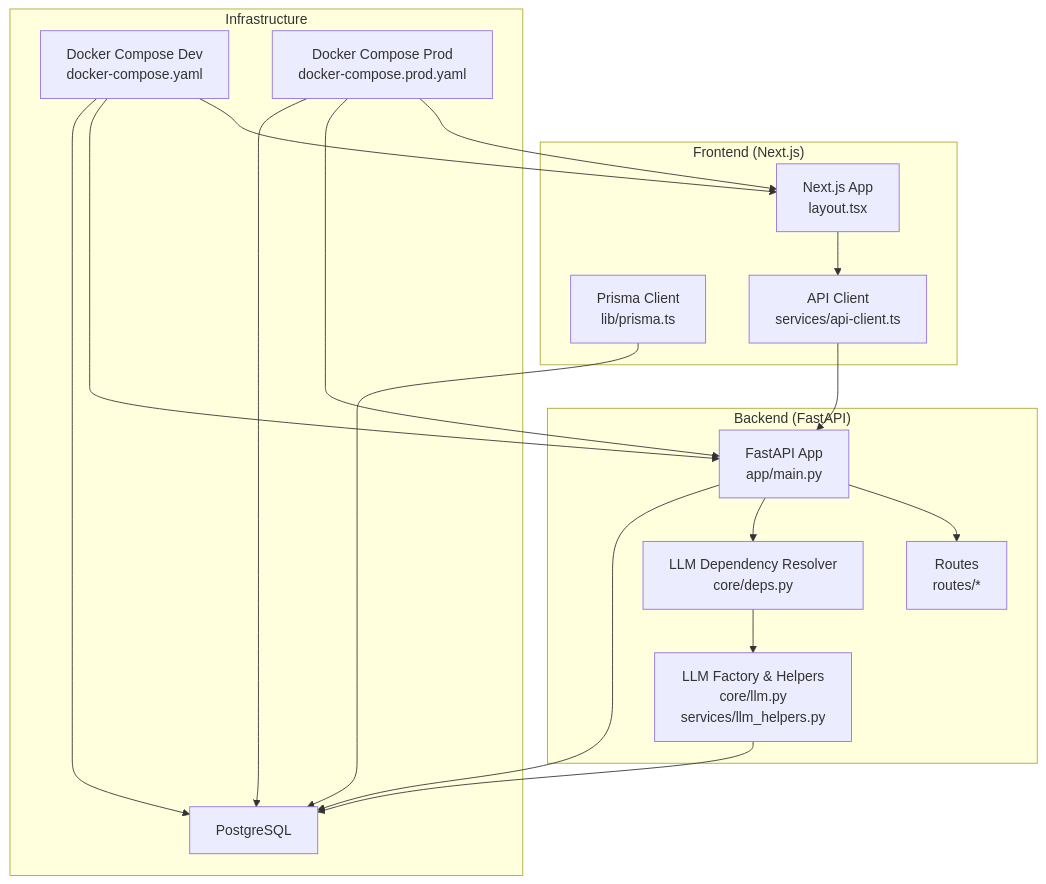
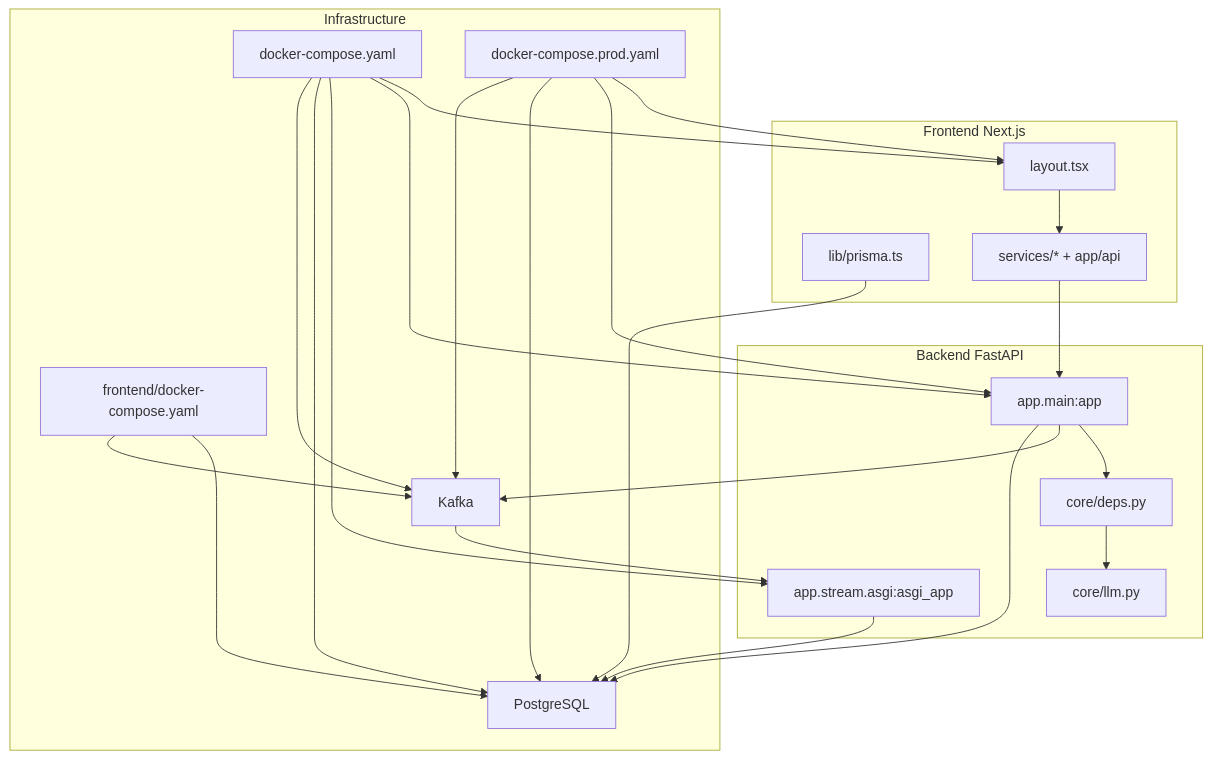
The first of 6 diagrams in src/data/docs/talentsync/Project Overview/Technical Architecture Overview.md (tashifkhan/tashif.codes), drawn with Mermaid before and after one commit. The commit also changed other lines of this file and 2128 other files, not shown here.

First line of the commit message:
docs: replace raster diagram images with native Mermaid across project guides

````diff
--- a/src/data/docs/talentsync/Project Overview/Technical Architecture Overview.md
+++ b/src/data/docs/talentsync/Project Overview/Technical Architecture Overview.md
@@ -13,33 +11,41 @@
 ```mermaid
 graph TB
-subgraph "Frontend (Next.js)"
-FE_APP["Next.js App<br/>layout.tsx"]
-FE_PRISMA["Prisma Client<br/>lib/prisma.ts"]
-FE_API["API Client<br/>services/api-client.ts"]
+subgraph "Frontend Next.js"
+FE_APP["layout.tsx"]
+FE_PRISMA["lib/prisma.ts"]
+FE_API["services/* + app/api"]
 end
-subgraph "Backend (FastAPI)"
-BE_MAIN["FastAPI App<br/>app/main.py"]
-BE_LLM["LLM Factory & Helpers<br/>core/llm.py<br/>services/llm_helpers.py"]
-BE_DEPS["LLM Dependency Resolver<br/>core/deps.py"]
-BE_ROUTES["Routes<br/>routes/*"]
+subgraph "Backend FastAPI"
+BE_MAIN["app.main:app"]
+BE_STREAM["app.stream.asgi:asgi_app"]
+BE_LLM["core/llm.py"]
+BE_DEPS["core/deps.py"]
 end
 subgraph "Infrastructure"
-DOCKER_DEV["Docker Compose Dev<br/>docker-compose.yaml"]
-DOCKER_PROD["Docker Compose Prod<br/>docker-compose.prod.yaml"]
+DOCKER_DEV["docker-compose.yaml"]
+DOCKER_HOST["frontend/docker-compose.yaml"]
+DOCKER_PROD["docker-compose.prod.yaml"]
 DB["PostgreSQL"]
+K["Kafka"]
 end
 FE_APP --> FE_API
 FE_API --> BE_MAIN
-BE_MAIN --> BE_ROUTES
 BE_MAIN --> BE_DEPS
 BE_DEPS --> BE_LLM
-BE_LLM --> DB
+BE_MAIN --> K
+K --> BE_STREAM
 FE_PRISMA --> DB
 BE_MAIN --> DB
+BE_STREAM --> DB
 DOCKER_DEV --> FE_APP
 DOCKER_DEV --> BE_MAIN
+DOCKER_DEV --> BE_STREAM
 DOCKER_DEV --> DB
+DOCKER_DEV --> K
+DOCKER_HOST --> DB
+DOCKER_HOST --> K
 DOCKER_PROD --> FE_APP
 DOCKER_PROD --> BE_MAIN
 DOCKER_PROD --> DB
+DOCKER_PROD --> K
 ```
````
